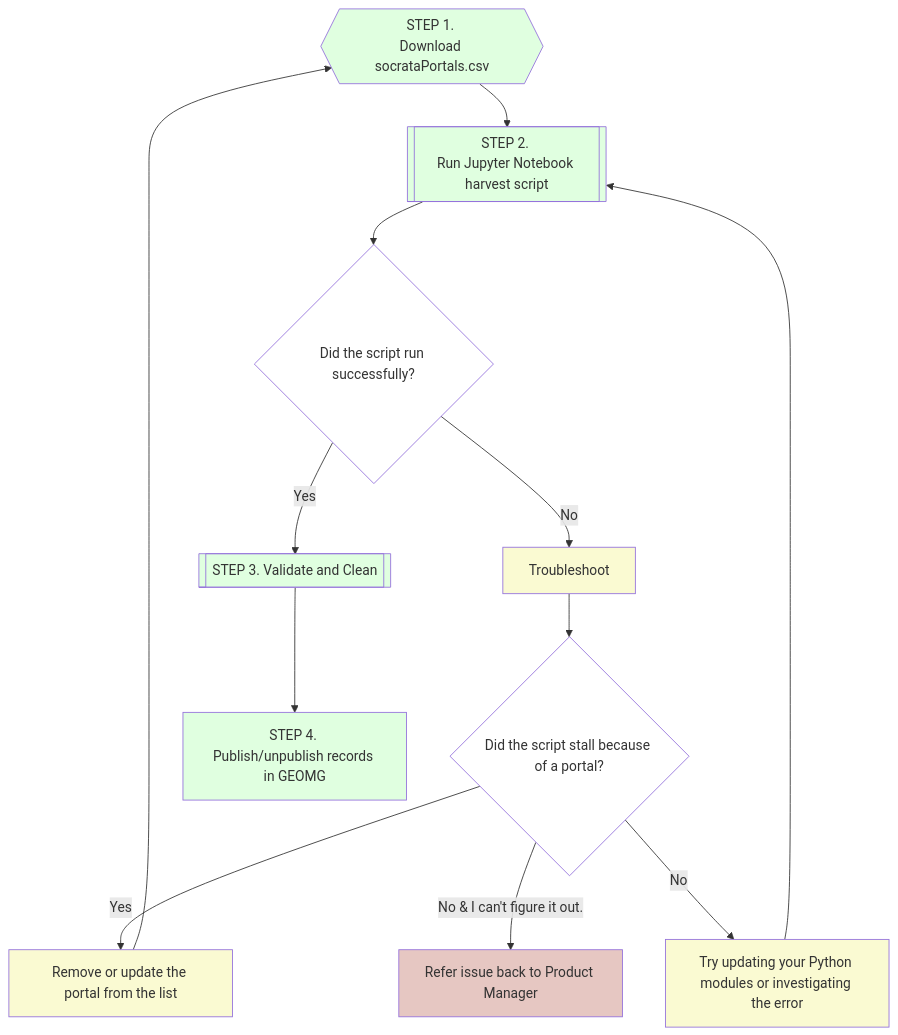
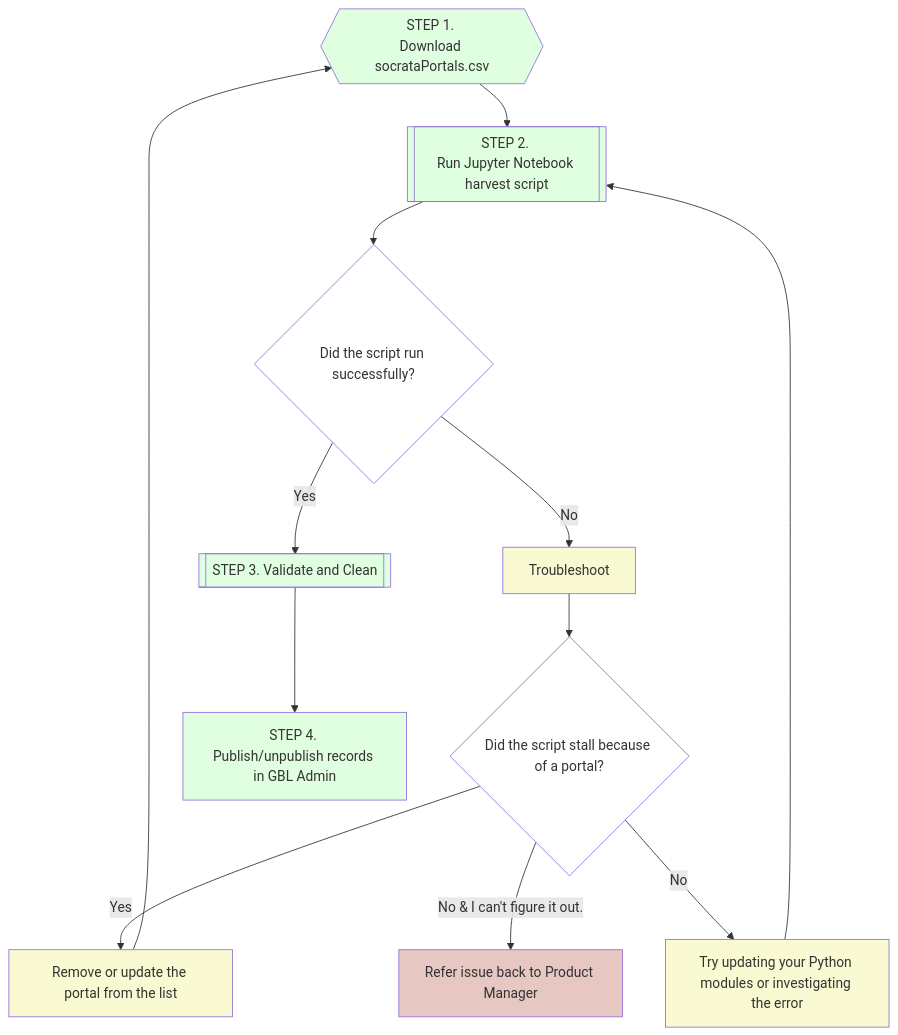
One commit to geobtaa/metadata changed the diagram in docs/recipes/R-02_socrata.md. Above: the diagram before and after it, drawn with Mermaid. The commit also changed other lines of this file and 17 other files, not shown here.

Commit message:
replace GEOMG with GBL Admin

````diff
--- a/docs/recipes/R-02_socrata.md
+++ b/docs/recipes/R-02_socrata.md
@@ -11,21 +11,21 @@
 ``` mermaid
 graph TB
 
 A{{STEP 1. <br>Download socrataPortals.csv}}:::green --> B[[STEP 2. <br>Run Jupyter Notebook harvest script]]:::green;
 B --> C{Did the script run successfully?}:::white;
 C --> |No| D[Troubleshoot]:::yellow;
 D --> H{Did the script stall because of a portal?}:::white;
 H --> |Yes| I[Remove or update the portal from the list]:::yellow;
 H --> |No & I can't figure it out.| F[Refer issue back to Product Manager]:::red;
 H --> |No| J[Try updating your Python modules or investigating the error]:::yellow;
 J --> B;
 I --> A;
 C --> |Yes| K[[STEP 3. Validate and Clean]]:::green; 
-K --> E[STEP 4. <br>Publish/unpublish records in GEOMG]:::green; 
+K --> E[STEP 4. <br>Publish/unpublish records in GBL Admin]:::green; 
 
 classDef green fill:#E0FFE0
 classDef yellow fill:#FAFAD2
 classDef red fill:#E6C7C2
 classDef white fill:#FFFFFF
 
 ```
````
